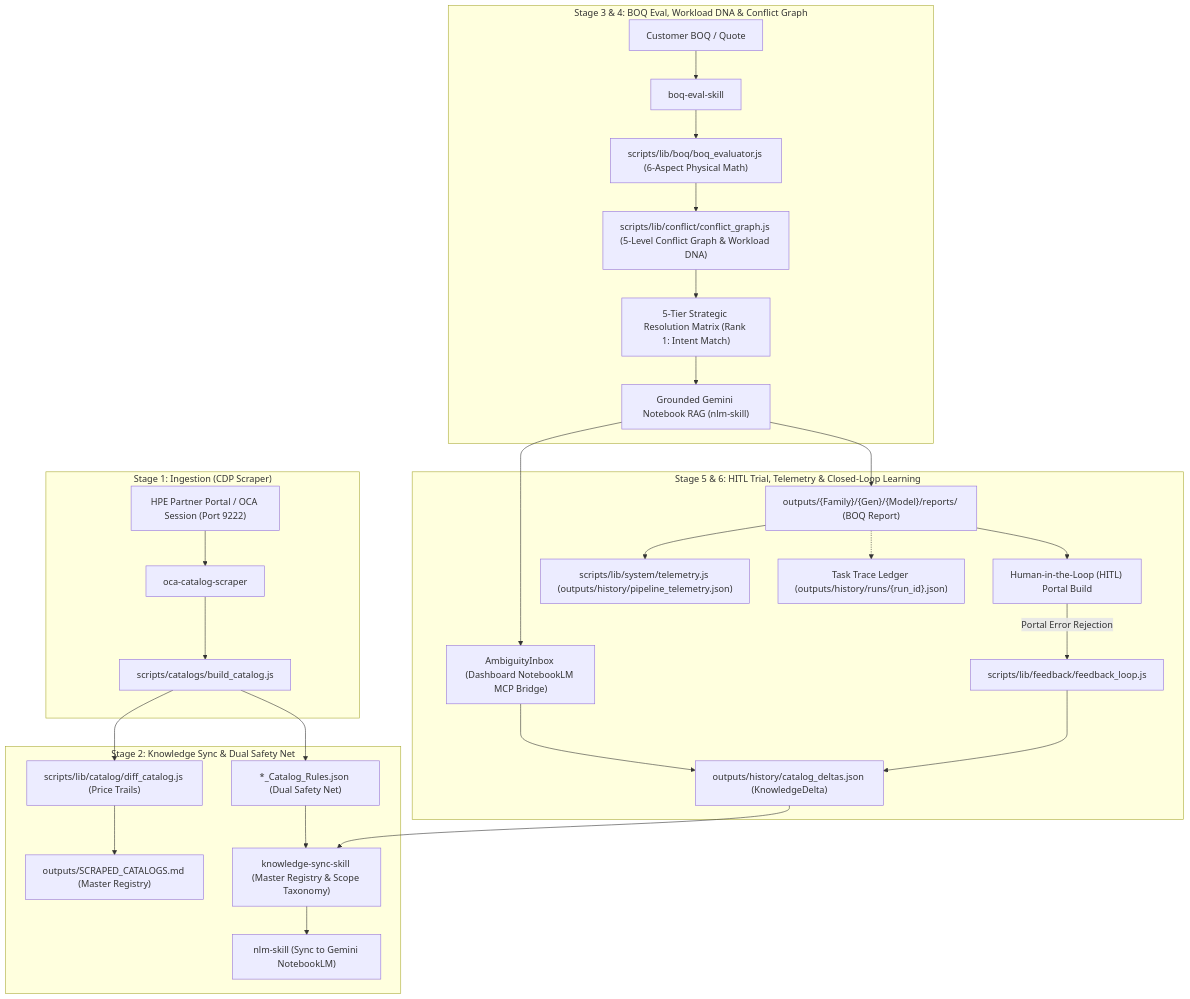
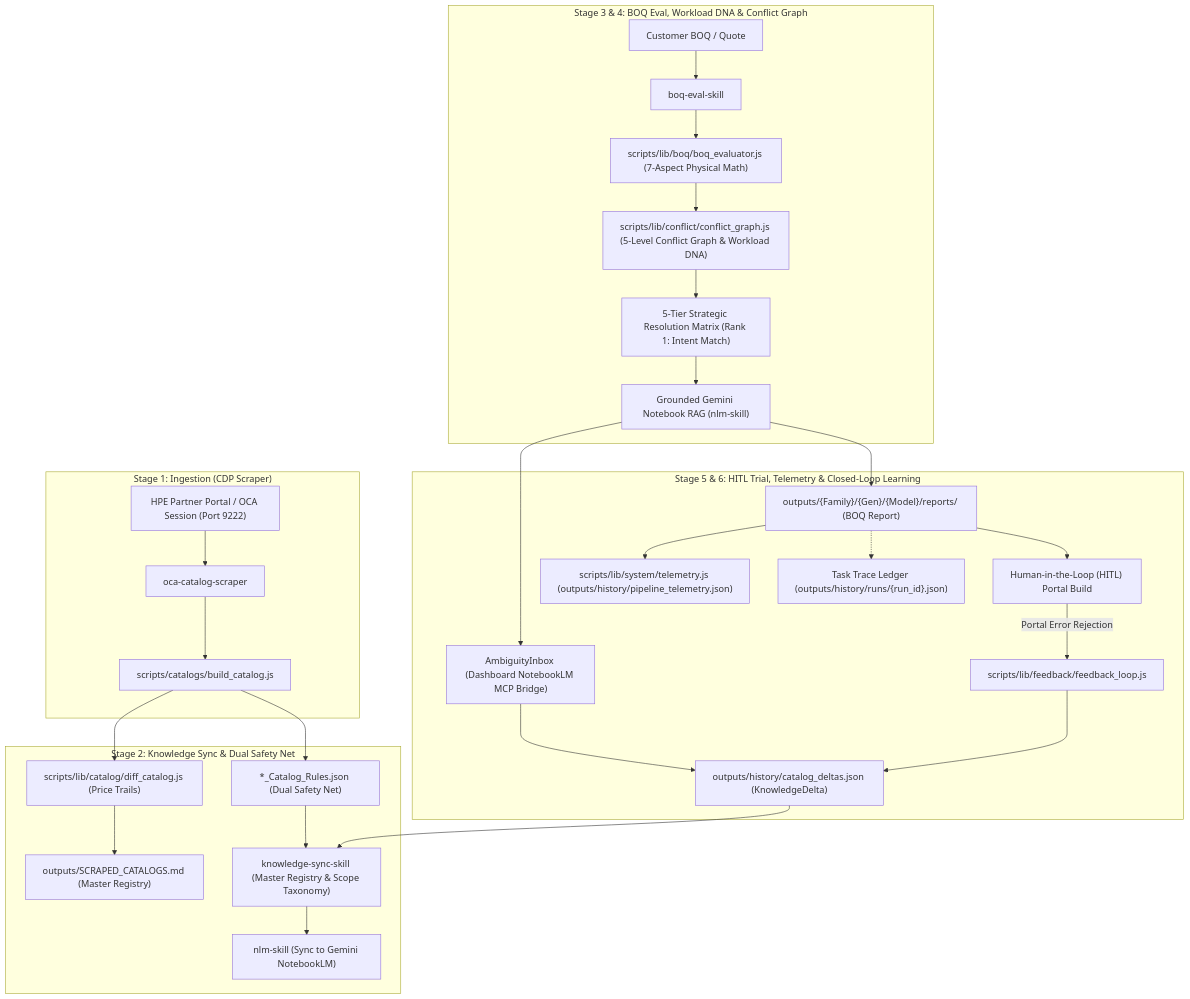
The diagram in .agents/skills/orchestrator-workflow-skill/SKILL.md (vinodhsubramanian123/updatedVendorScrapingNotebook-v2), drawn with Mermaid before and after one commit. The commit also changed other lines of this file and 70 other files, not shown here.

````diff
--- a/.agents/skills/orchestrator-workflow-skill/SKILL.md
+++ b/.agents/skills/orchestrator-workflow-skill/SKILL.md
@@ -14,35 +14,35 @@
 ```mermaid
 graph TD
     subgraph "Stage 1: Ingestion (CDP Scraper)"
         A["HPE Partner Portal / OCA Session (Port 9222)"] --> B["oca-catalog-scraper"]
         B --> C["scripts/catalogs/build_catalog.js"]
     end
 
     subgraph "Stage 2: Knowledge Sync & Dual Safety Net"
         C --> D["scripts/lib/catalog/diff_catalog.js (Price Trails)"]
         C --> E["*_Catalog_Rules.json (Dual Safety Net)"]
         D --> F["outputs/SCRAPED_CATALOGS.md (Master Registry)"]
         E --> G["knowledge-sync-skill (Master Registry & Scope Taxonomy)"]
         G --> H["nlm-skill (Sync to Gemini NotebookLM)"]
     end
 
     subgraph "Stage 3 & 4: BOQ Eval, Workload DNA & Conflict Graph"
         I["Customer BOQ / Quote"] --> J["boq-eval-skill"]
-        J --> K["scripts/lib/boq/boq_evaluator.js (6-Aspect Physical Math)"]
+        J --> K["scripts/lib/boq/boq_evaluator.js (7-Aspect Physical Math)"]
         K --> L["scripts/lib/conflict/conflict_graph.js (5-Level Conflict Graph & Workload DNA)"]
         L --> M["5-Tier Strategic Resolution Matrix (Rank 1: Intent Match)"]
         M --> N["Grounded Gemini Notebook RAG (nlm-skill)"]
     end
 
     subgraph "Stage 5 & 6: HITL Trial, Telemetry & Closed-Loop Learning"
         N --> O["outputs/{Family}/{Gen}/{Model}/reports/ (BOQ Report)"]
         O --> P["Human-in-the-Loop (HITL) Portal Build"]
         N --> Z["AmbiguityInbox (Dashboard NotebookLM MCP Bridge)"]
         Z --> R["outputs/history/catalog_deltas.json (KnowledgeDelta)"]
         P -- "Portal Error Rejection" --> Q["scripts/lib/feedback/feedback_loop.js"]
         Q --> R
         R --> G
         O --> S["scripts/lib/system/telemetry.js (outputs/history/pipeline_telemetry.json)"]
         O -.-> T["Task Trace Ledger (outputs/history/runs/{run_id}.json)"]
     end
 ```
````
